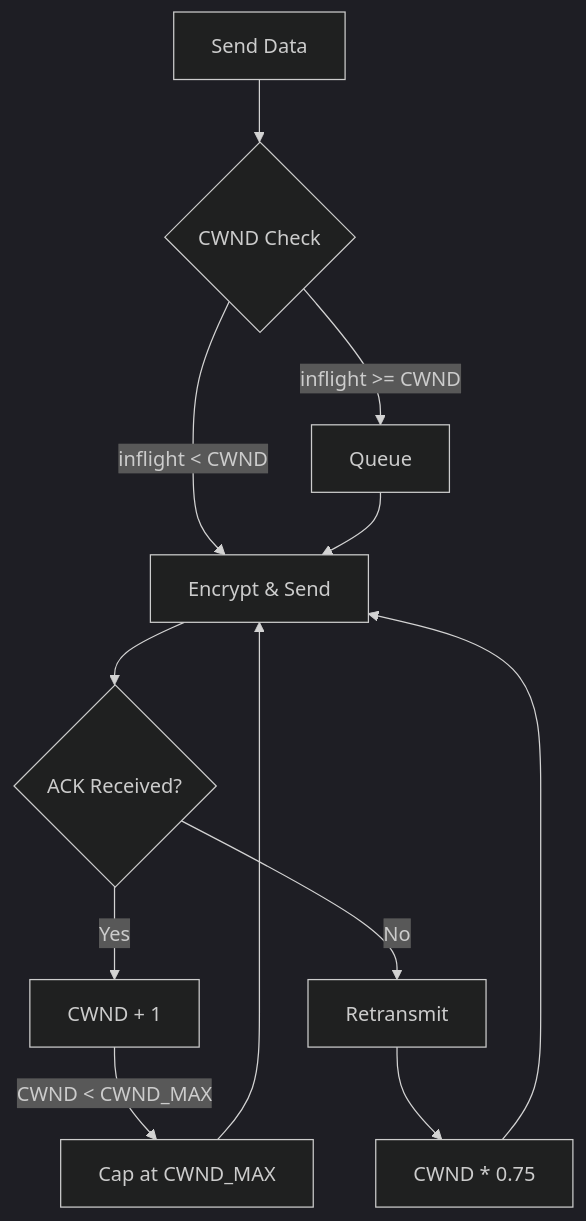
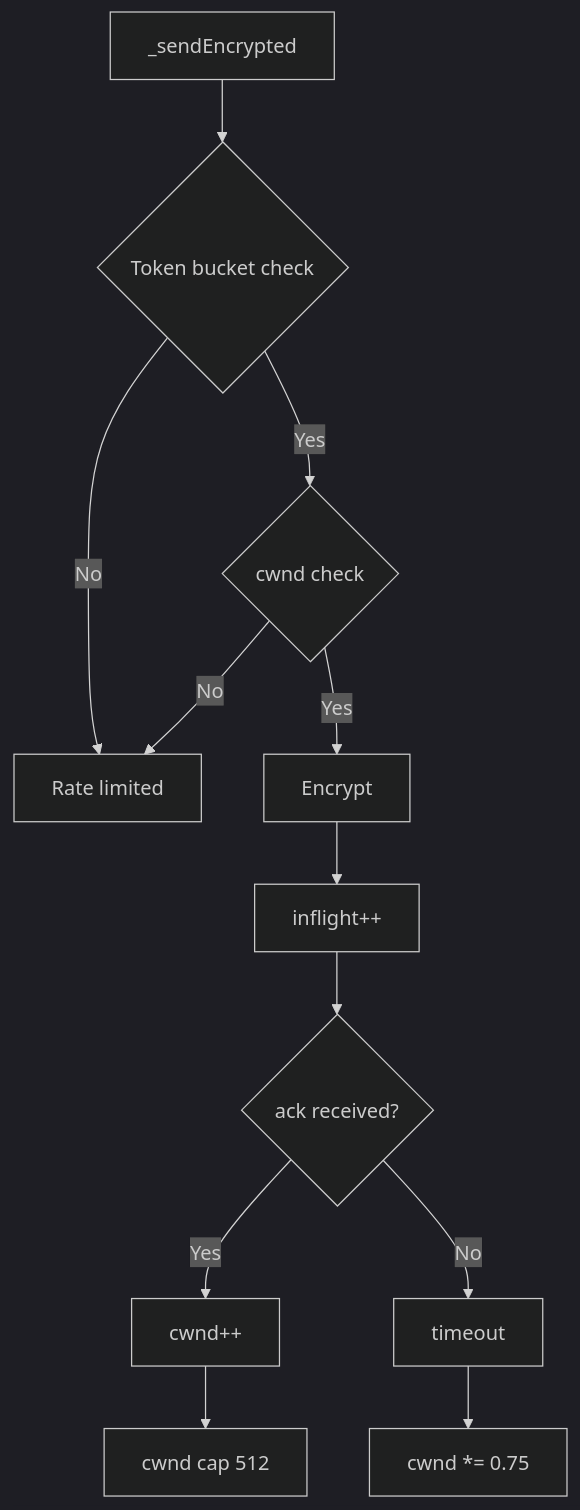
Before and after one commit to setowire-org/js-setowire: diagram 11 of 12 in SPEC.md, drawn with Mermaid (dark theme). The commit also changed other lines of this file, not shown here.

````diff
--- a/SPEC.md
+++ b/SPEC.md
@@ -461,18 +667,14 @@
 ```mermaid
 flowchart TB
-    START[Send Data] --> CWND{CWND Check}
-    
-    CWND -->|inflight < CWND| ENCRYPT[Encrypt & Send]
-    CWND -->|inflight >= CWND| QUEUE[Queue]
-    
-    ENCRYPT --> ACK{ACK Received?}
-    ACK -->|Yes| INCREASE[CWND + 1]
-    ACK -->|No| TIMEOUT[Retransmit]
-    
-    TIMEOUT --> DECAY[CWND * 0.75]
-    INCREASE -->|CWND < CWND_MAX| LIMIT[Cap at CWND_MAX]
-    
-    QUEUE --> ENCRYPT
-    DECAY --> ENCRYPT
-    LIMIT --> ENCRYPT
+    SEND[_sendEncrypted] --> TOKEN{Token bucket check}
+    TOKEN -->|No| QUEUE[Rate limited]
+    TOKEN -->|Yes| CWND{cwnd check}
+    CWND -->|No| QUEUE
+    CWND -->|Yes| SEND_ENC[Encrypt]
+    SEND_ENC --> INFLIGHT[inflight++]
+    INFLIGHT --> ACK{ack received?}
+    ACK -->|Yes| CND_INCREASE[cwnd++]
+    ACK -->|No| TIMEOUT[timeout]
+    TIMEOUT --> CND_DECAY[cwnd *= 0.75]
+    CND_INCREASE --> CWND_MAX[cwnd cap 512]
 ```
````
